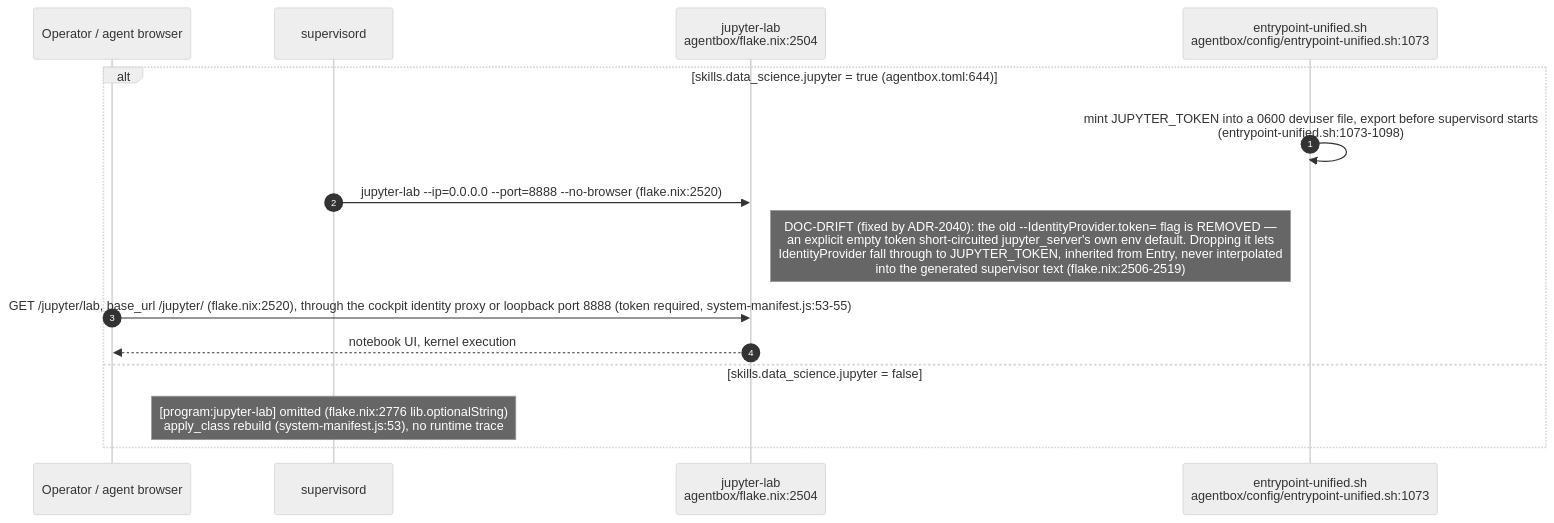
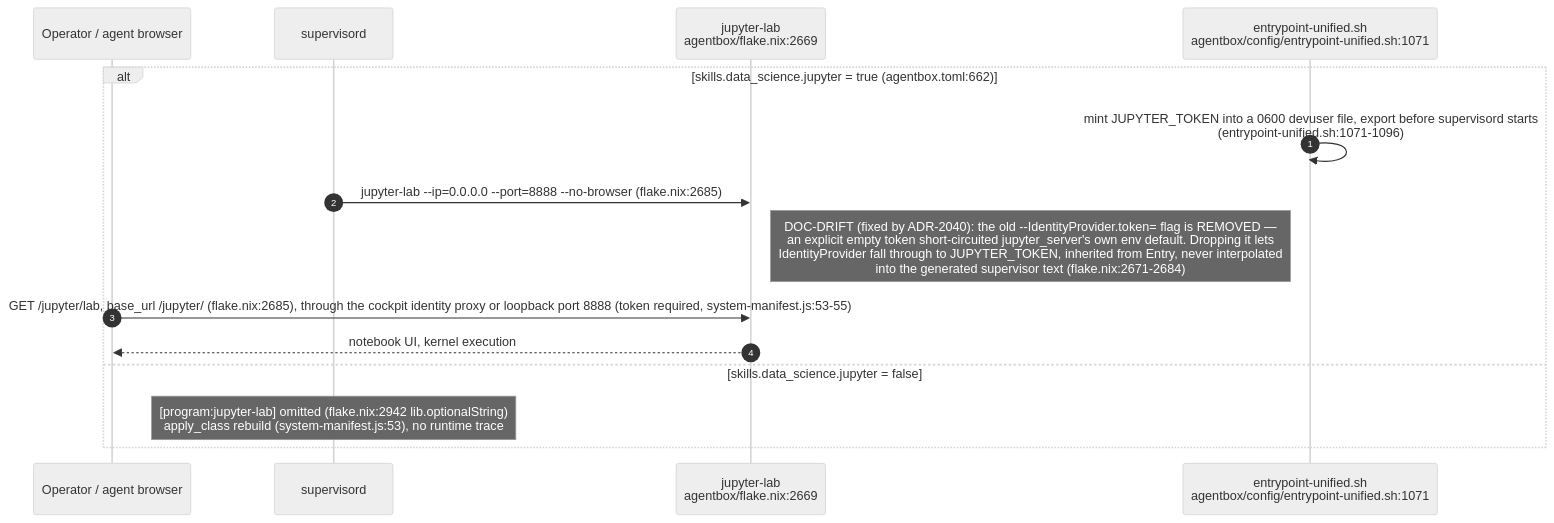
The fifth of 14 diagrams in docs/diagrams/agentbox/27-media-gpu-capability-services.md (DreamLab-AI/VisionFlow), drawn with Mermaid (neutral theme) before and after one commit. The commit also changed other lines of this file and 5 other files, not shown here.

````diff
--- a/docs/diagrams/agentbox/27-media-gpu-capability-services.md
+++ b/docs/diagrams/agentbox/27-media-gpu-capability-services.md
@@ -192,18 +193,18 @@
 ```mermaid
 sequenceDiagram
     autonumber
     participant Op as Operator / agent browser
     participant Sup as supervisord
-    participant Lab as jupyter-lab<br/>agentbox/flake.nix:2504
-    participant Entry as entrypoint-unified.sh<br/>agentbox/config/entrypoint-unified.sh:1073
+    participant Lab as jupyter-lab<br/>agentbox/flake.nix:2669
+    participant Entry as entrypoint-unified.sh<br/>agentbox/config/entrypoint-unified.sh:1071
 
-    alt skills.data_science.jupyter = true (agentbox.toml:644)
-        Entry->>Entry: mint JUPYTER_TOKEN into a 0600 devuser file, export before supervisord starts<br/>(entrypoint-unified.sh:1073-1098)
-        Sup->>Lab: jupyter-lab --ip=0.0.0.0 --port=8888 --no-browser (flake.nix:2520)
-        Note right of Lab: DOC-DRIFT (fixed by ADR-2040): the old --IdentityProvider.token= flag is REMOVED —<br/>an explicit empty token short-circuited jupyter_server's own env default. Dropping it lets<br/>IdentityProvider fall through to JUPYTER_TOKEN, inherited from Entry, never interpolated<br/>into the generated supervisor text (flake.nix:2506-2519)
-        Op->>Lab: GET /jupyter/lab, base_url /jupyter/ (flake.nix:2520), through the cockpit identity proxy or loopback port 8888 (token required, system-manifest.js:53-55)
+    alt skills.data_science.jupyter = true (agentbox.toml:662)
+        Entry->>Entry: mint JUPYTER_TOKEN into a 0600 devuser file, export before supervisord starts<br/>(entrypoint-unified.sh:1071-1096)
+        Sup->>Lab: jupyter-lab --ip=0.0.0.0 --port=8888 --no-browser (flake.nix:2685)
+        Note right of Lab: DOC-DRIFT (fixed by ADR-2040): the old --IdentityProvider.token= flag is REMOVED —<br/>an explicit empty token short-circuited jupyter_server's own env default. Dropping it lets<br/>IdentityProvider fall through to JUPYTER_TOKEN, inherited from Entry, never interpolated<br/>into the generated supervisor text (flake.nix:2671-2684)
+        Op->>Lab: GET /jupyter/lab, base_url /jupyter/ (flake.nix:2685), through the cockpit identity proxy or loopback port 8888 (token required, system-manifest.js:53-55)
         Lab-->>Op: notebook UI, kernel execution
     else skills.data_science.jupyter = false
-        Note over Sup: [program:jupyter-lab] omitted (flake.nix:2776 lib.optionalString)<br/>apply_class rebuild (system-manifest.js:53), no runtime trace
+        Note over Sup: [program:jupyter-lab] omitted (flake.nix:2942 lib.optionalString)<br/>apply_class rebuild (system-manifest.js:53), no runtime trace
     end
 ```
````
